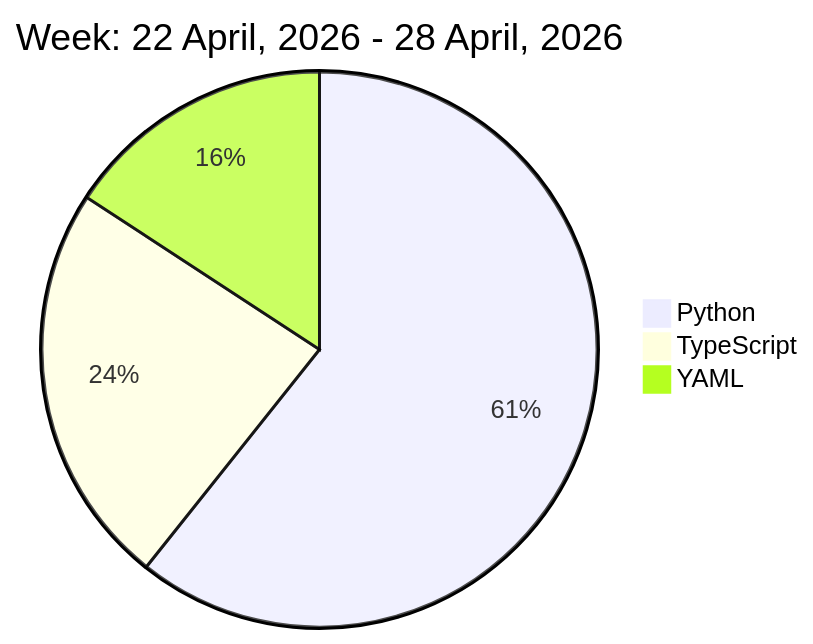
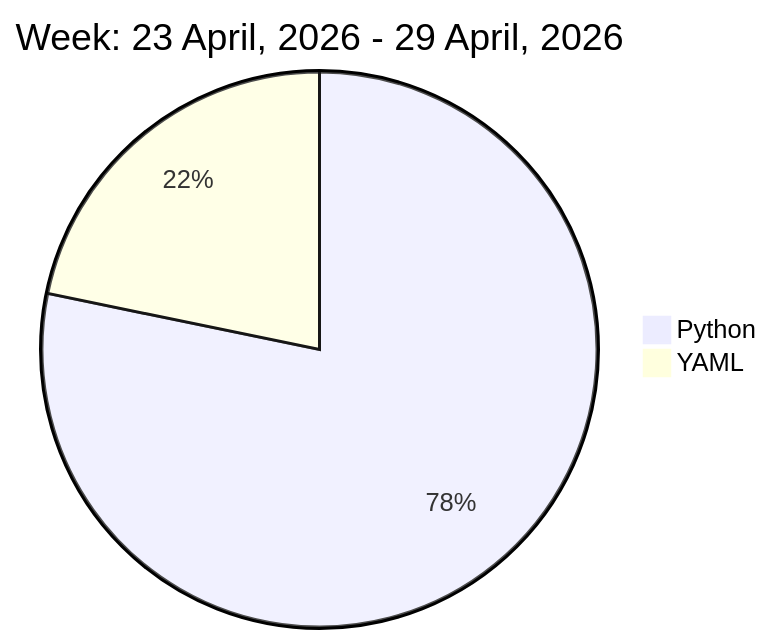
The diagram in README.md (liubin95/liubin95), drawn with Mermaid before and after one commit.

Commit message:
Updated the Graph with new Metrics

````diff
--- a/README.md
+++ b/README.md
@@ -32,7 +32,6 @@
 ```mermaid
  pie
-title Week: 22 April, 2026 - 28 April, 2026
- "Python" : 7.23
- "TypeScript" : 2.8
- "YAML" : 1.88
+title Week: 23 April, 2026 - 29 April, 2026
+ "Python" : 8.63
+ "YAML" : 2.4
 ```
````
